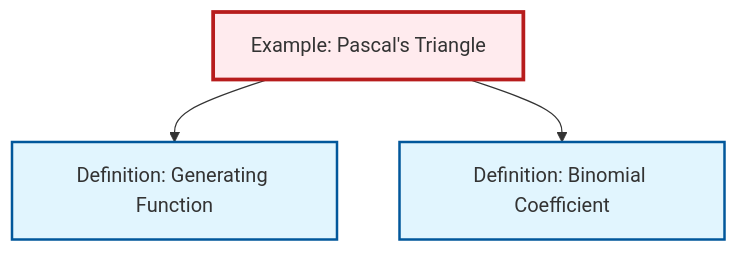
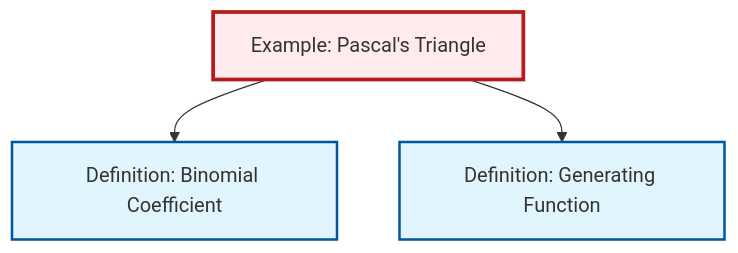
Before and after one commit to RK0429/ModernMath: the diagram in content/en/combinatorics/ex-pascals-triangle.qmd, drawn with Mermaid. The commit also changed other lines of this file and 654 other files, not shown here.

````diff
--- a/content/en/combinatorics/ex-pascals-triangle.qmd
+++ b/content/en/combinatorics/ex-pascals-triangle.qmd
@@ -72,17 +72,17 @@
 ```{mermaid}
 %%| fig-cap: "Local dependency graph"
 graph TD
     classDef definition fill:#e1f5fe,stroke:#01579b,stroke-width:2px
     classDef theorem fill:#f3e5f5,stroke:#4a148c,stroke-width:2px
     classDef axiom fill:#fff3e0,stroke:#e65100,stroke-width:2px
     classDef example fill:#e8f5e9,stroke:#1b5e20,stroke-width:2px
     classDef current fill:#ffebee,stroke:#b71c1c,stroke-width:3px
+    def-generating-function["Definition: Generating Function"]:::definition
     def-binomial-coefficient["Definition: Binomial Coefficient"]:::definition
     ex-pascals-triangle["Example: Pascal's Triangle"]:::example
-    def-generating-function["Definition: Generating Function"]:::definition
+    ex-pascals-triangle --> def-binomial-coefficient
     ex-pascals-triangle --> def-generating-function
-    ex-pascals-triangle --> def-binomial-coefficient
     class ex-pascals-triangle current
+    click def-generating-function "def-generating-function.html" "Go to Generating Function definition"
     click def-binomial-coefficient "def-binomial-coefficient.html" "Go to Binomial Coefficient definition"
-    click def-generating-function "def-generating-function.html" "Go to Generating Function definition"
 ```
````
